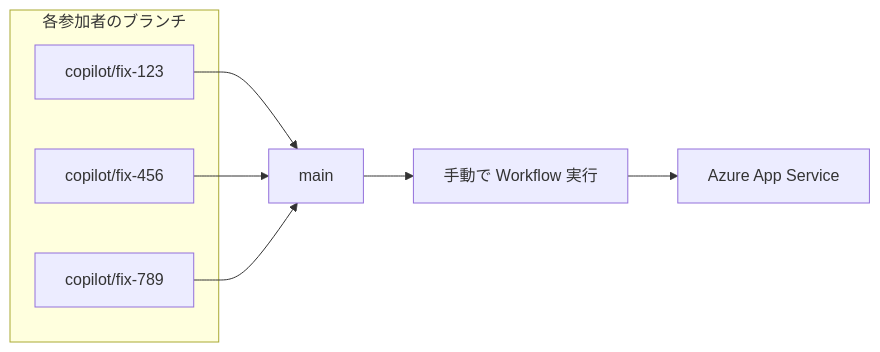
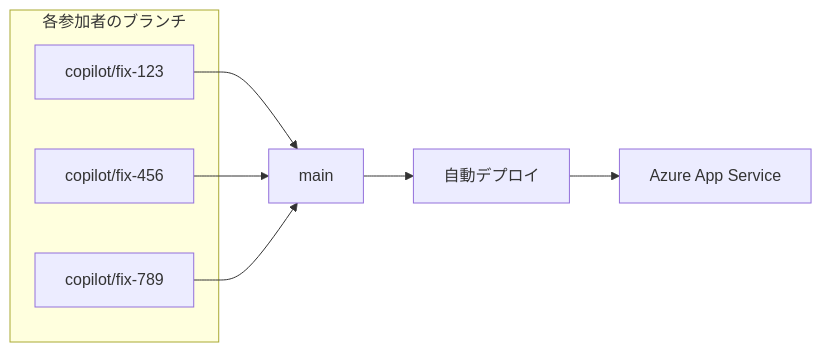
The second of 2 diagrams in WORKSHOP.md (kanazawazawa/issue-driven-workshop-template), drawn with Mermaid before and after one commit. The commit also changed other lines of this file and 2 other files, not shown here.

````diff
--- a/WORKSHOP.md
+++ b/WORKSHOP.md
@@ -52,14 +55,14 @@
 ```mermaid
 graph LR
     subgraph 各参加者のブランチ
         A[copilot/fix-123]
         B[copilot/fix-456]
         C[copilot/fix-789]
     end
-    
+
     A --> M[main]
     B --> M
     C --> M
-    M --> D[手動で Workflow 実行]
+    M --> D[自動デプロイ]
     D --> E[Azure App Service]
 ```
````
